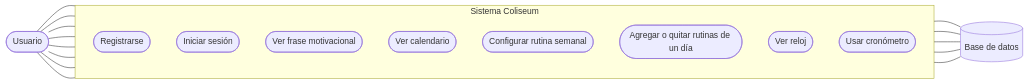
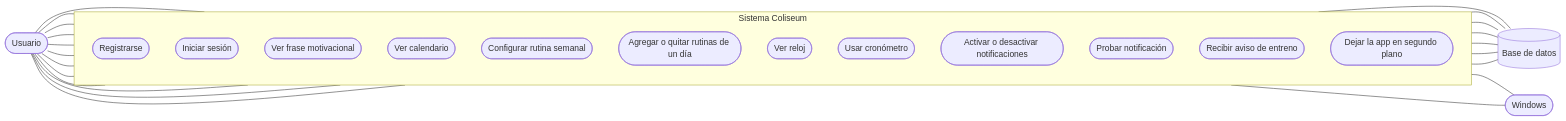
The second of 2 diagrams in docs/uml_cdv.md (RodillaOff/proyecto_JBDPA_grupo_3), drawn with Mermaid before and after one commit. The commit also changed other lines of this file, not shown here.

````diff
--- a/docs/uml_cdv.md
+++ b/docs/uml_cdv.md
@@ -132,32 +273,46 @@
 ```mermaid
 flowchart LR
     U([" Usuario"])
     BD[(" Base de datos")]
+    WIN([" Windows"])
 
     subgraph SIS["Sistema Coliseum"]
         direction TB
         UC1(["Registrarse"])
         UC2(["Iniciar sesión"])
         UC3(["Ver frase motivacional"])
         UC4(["Ver calendario"])
         UC5(["Configurar rutina semanal"])
         UC6(["Agregar o quitar rutinas de un día"])
         UC7(["Ver reloj"])
         UC8(["Usar cronómetro"])
+        UC9(["Activar o desactivar notificaciones"])
+        UC10(["Probar notificación"])
+        UC11(["Recibir aviso de entreno"])
+        UC12(["Dejar la app en segundo plano"])
     end
 
     U --- UC1
     U --- UC2
     U --- UC3
     U --- UC4
     U --- UC5
     U --- UC6
     U --- UC7
     U --- UC8
+    U --- UC9
+    U --- UC10
+    U --- UC11
+    U --- UC12
 
     UC1 --- BD
     UC2 --- BD
     UC4 --- BD
     UC5 --- BD
     UC6 --- BD
+    UC9 --- BD
+    UC11 --- BD
+
+    UC10 --- WIN
+    UC11 --- WIN
 ```
````
